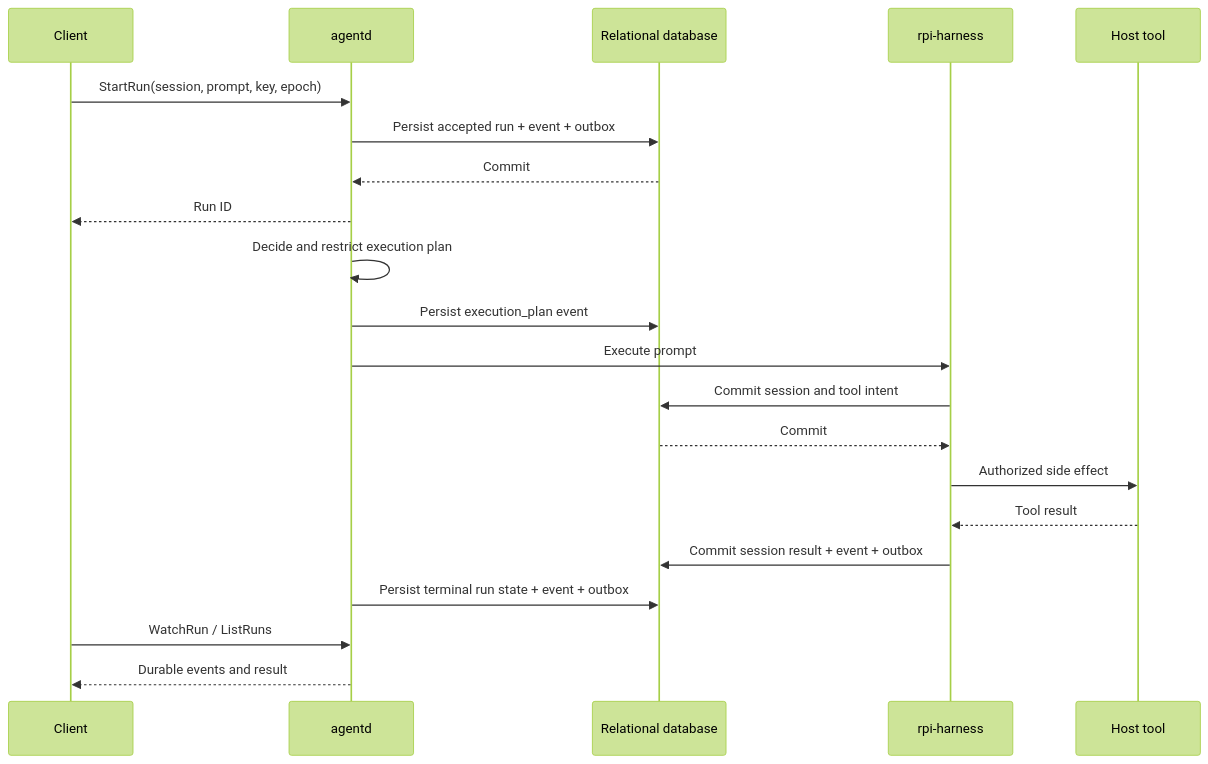
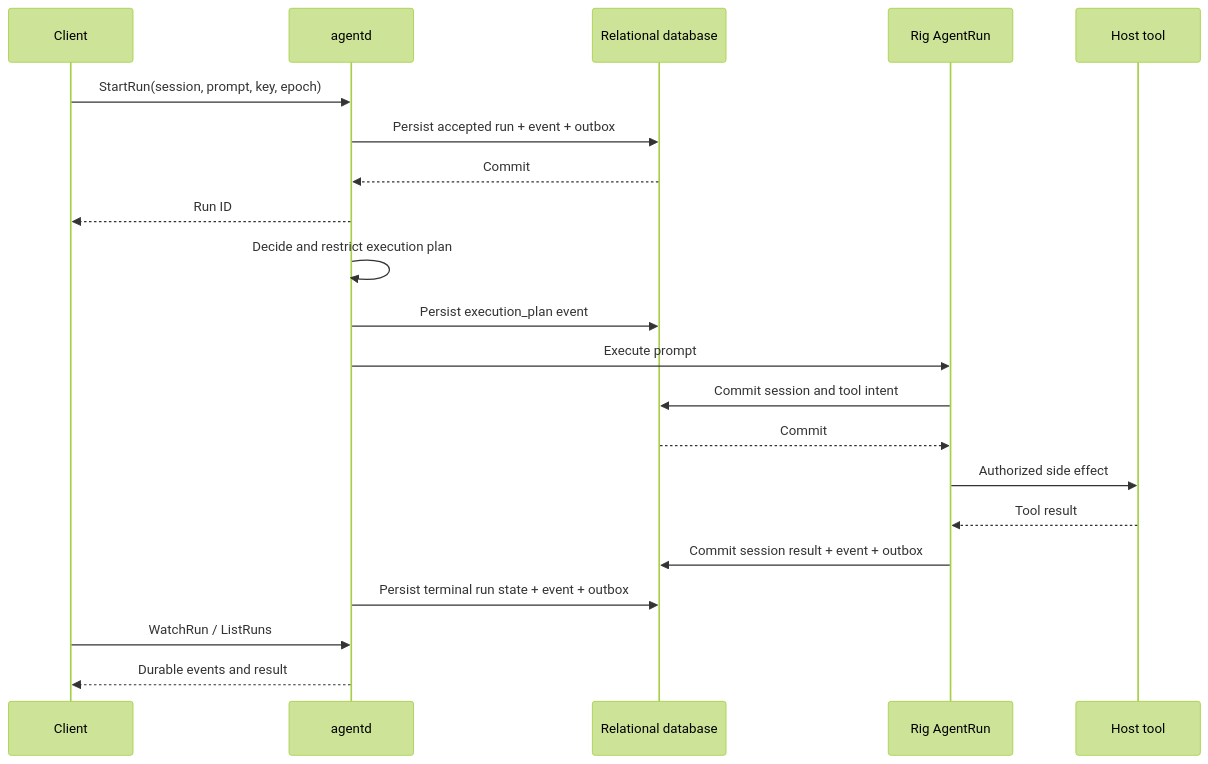
The first of 3 diagrams in docs/en/src/persistence.md (lyonbrown4d/lyonbrown), drawn with Mermaid (forest theme) before and after one commit. The commit also changed other lines of this file and 149 other files, not shown here.

````diff
--- a/docs/en/src/persistence.md
+++ b/docs/en/src/persistence.md
@@ -19,23 +19,23 @@
 ```mermaid
 sequenceDiagram
     participant UI as Client
     participant D as agentd
     participant S as Relational database
-    participant H as rpi-harness
+    participant H as Rig AgentRun
     participant T as Host tool
     UI->>D: StartRun(session, prompt, key, epoch)
     D->>S: Persist accepted run + event + outbox
     S-->>D: Commit
     D-->>UI: Run ID
     D->>D: Decide and restrict execution plan
     D->>S: Persist execution_plan event
     D->>H: Execute prompt
     H->>S: Commit session and tool intent
     S-->>H: Commit
     H->>T: Authorized side effect
     T-->>H: Tool result
     H->>S: Commit session result + event + outbox
     D->>S: Persist terminal run state + event + outbox
     UI->>D: WatchRun / ListRuns
     D-->>UI: Durable events and result
 ```
````
